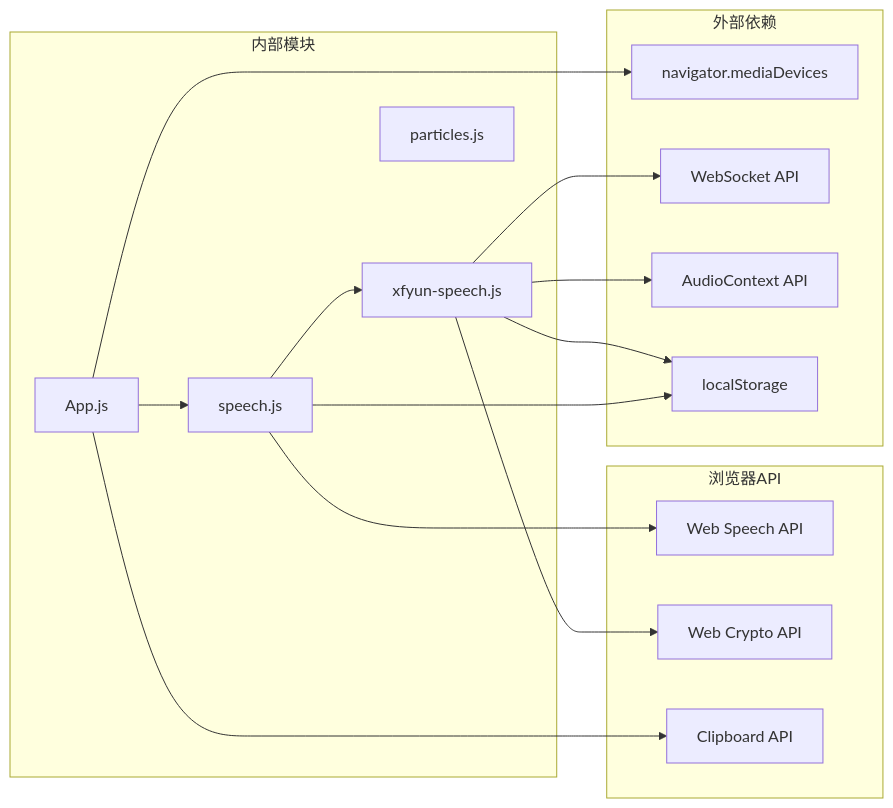
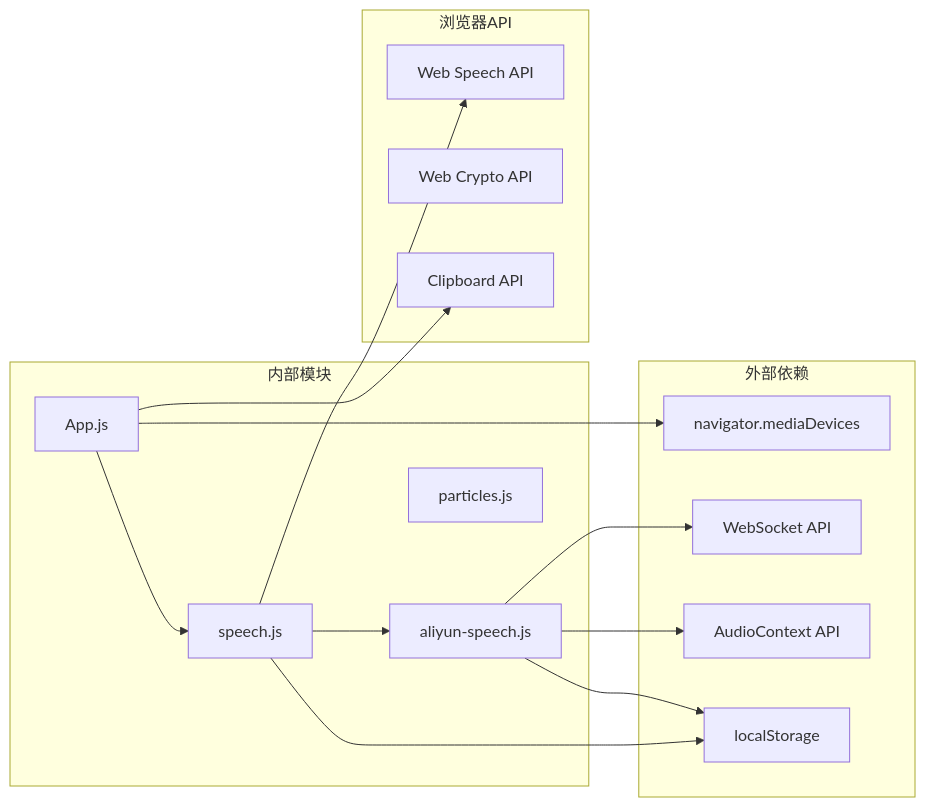
The seventh of 8 diagrams in .qoder/repowiki/zh/content/故障排除指南/错误处理和调试.md (db300/MySpeechRecognition), drawn with Mermaid before and after one commit. The commit also changed other lines of this file and 10 other files, not shown here.

````diff
--- a/.qoder/repowiki/zh/content/故障排除指南/错误处理和调试.md
+++ b/.qoder/repowiki/zh/content/故障排除指南/错误处理和调试.md
@@ -286,30 +277,29 @@
 ```mermaid
 graph LR
 subgraph "外部依赖"
 MediaDevices[navigator.mediaDevices]
 WebSocket[WebSocket API]
 AudioContext[AudioContext API]
 LocalStorage[localStorage]
 end
 subgraph "内部模块"
 App[App.js]
 Speech[speech.js]
-Xfyun[xfyun-speech.js]
+Aliyun[aliyun-speech.js]
 Particles[particles.js]
 end
 subgraph "浏览器API"
 WebSpeech[Web Speech API]
 Crypto[Web Crypto API]
 Clipboard[Clipboard API]
 end
 App --> Speech
-Speech --> Xfyun
+Speech --> Aliyun
 Speech --> WebSpeech
-Xfyun --> WebSocket
-Xfyun --> AudioContext
-Xfyun --> Crypto
+Aliyun --> WebSocket
+Aliyun --> AudioContext
 App --> MediaDevices
 App --> Clipboard
 Speech --> LocalStorage
-Xfyun --> LocalStorage
+Aliyun --> LocalStorage
 ```
````
